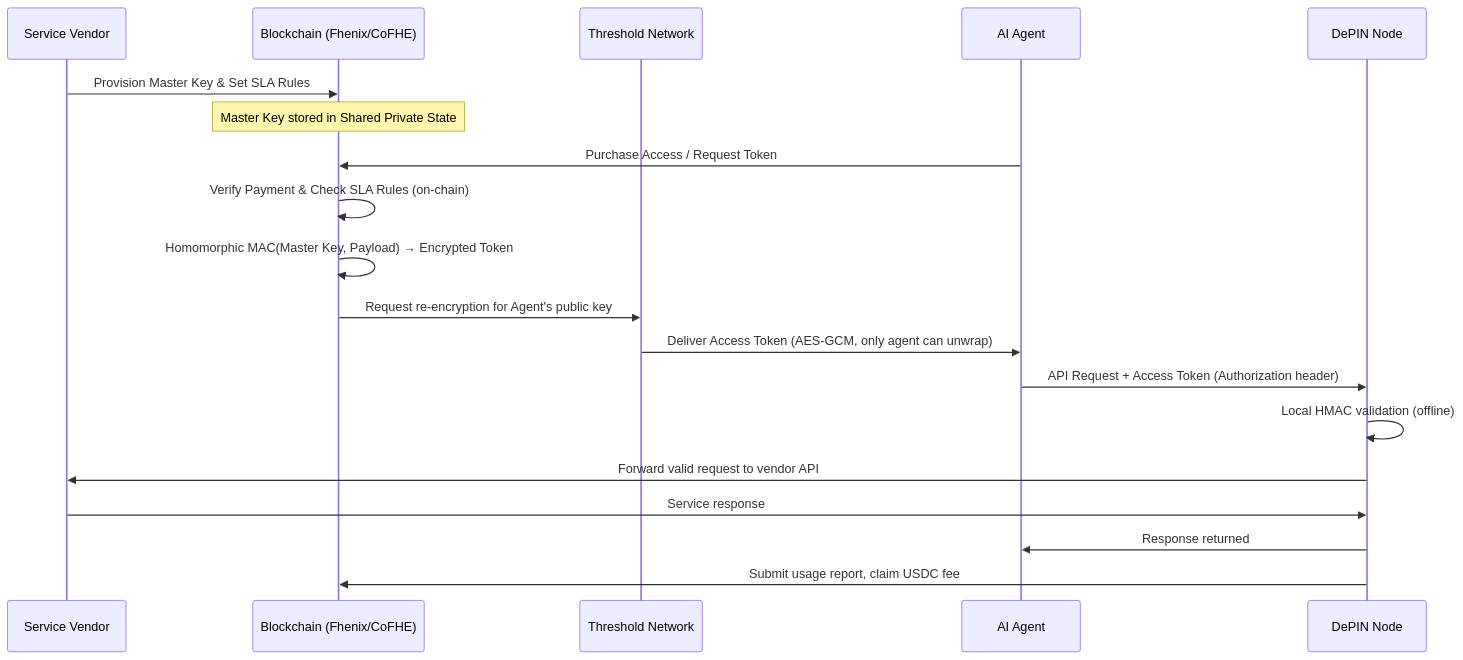
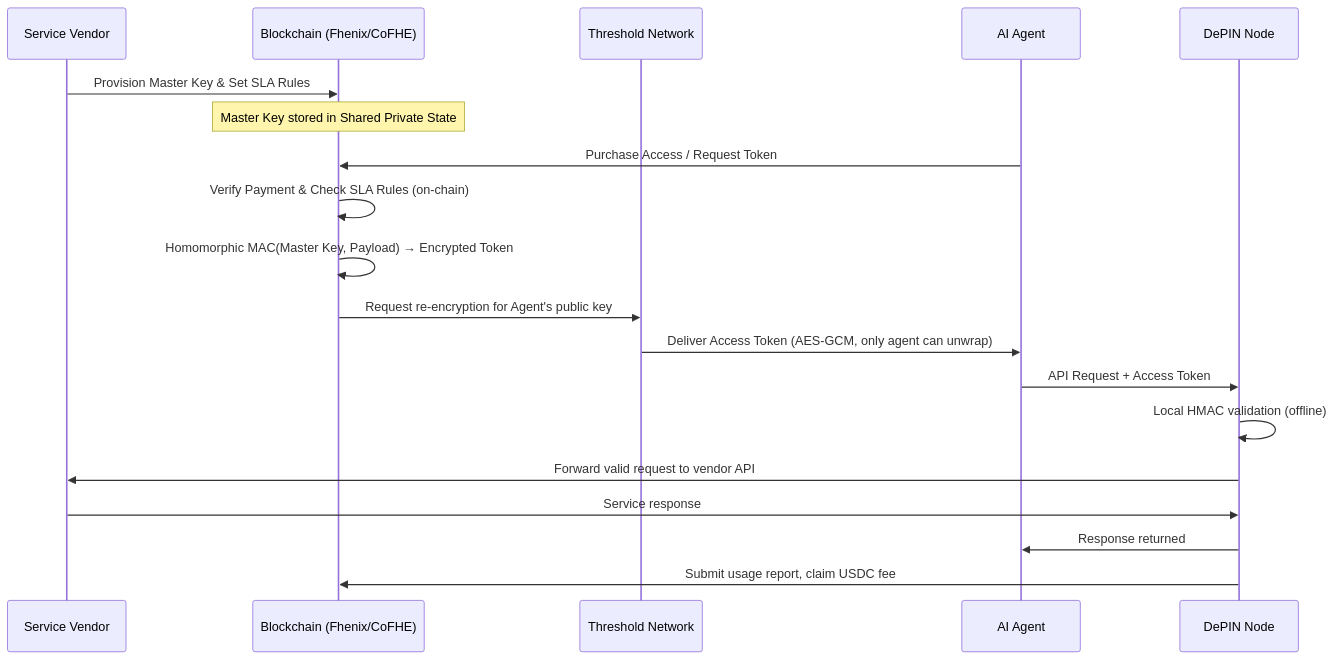
One commit to imajus/fhe402 changed the diagram in docs/Requirements.md. Above: the diagram before and after it, drawn with Mermaid.

````diff
--- a/docs/Requirements.md
+++ b/docs/Requirements.md
@@ -104,24 +104,24 @@
 ```mermaid
 sequenceDiagram
     participant V as Service Vendor
     participant BC as Blockchain (Fhenix/CoFHE)
     participant TSN as Threshold Network
     participant A as AI Agent
     participant D as DePIN Node
     
     V->>BC: Provision Master Key & Set SLA Rules
     Note over BC: Master Key stored in Shared Private State
     
     A->>BC: Purchase Access / Request Token
     BC->>BC: Verify Payment & Check SLA Rules (on-chain)
     BC->>BC: Homomorphic MAC(Master Key, Payload) → Encrypted Token
     BC->>TSN: Request re-encryption for Agent's public key
     TSN->>A: Deliver Access Token (AES-GCM, only agent can unwrap)
     
-    A->>D: API Request + Access Token (Authorization header)
+    A->>D: API Request + Access Token
     D->>D: Local HMAC validation (offline)
     D->>V: Forward valid request to vendor API
     V->>D: Service response
     D->>A: Response returned
     D->>BC: Submit usage report, claim USDC fee
 ```
````
